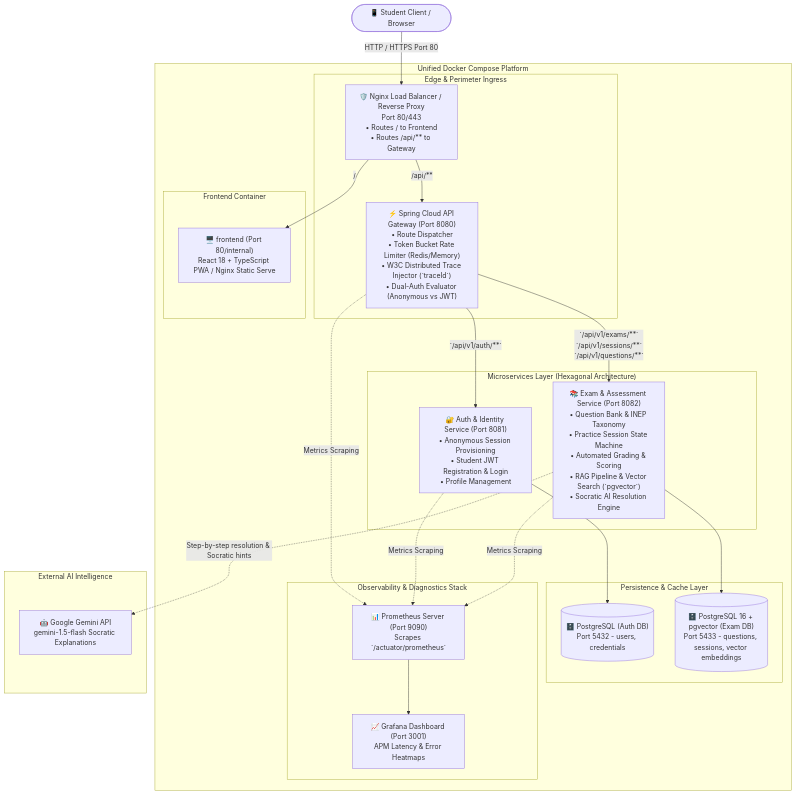
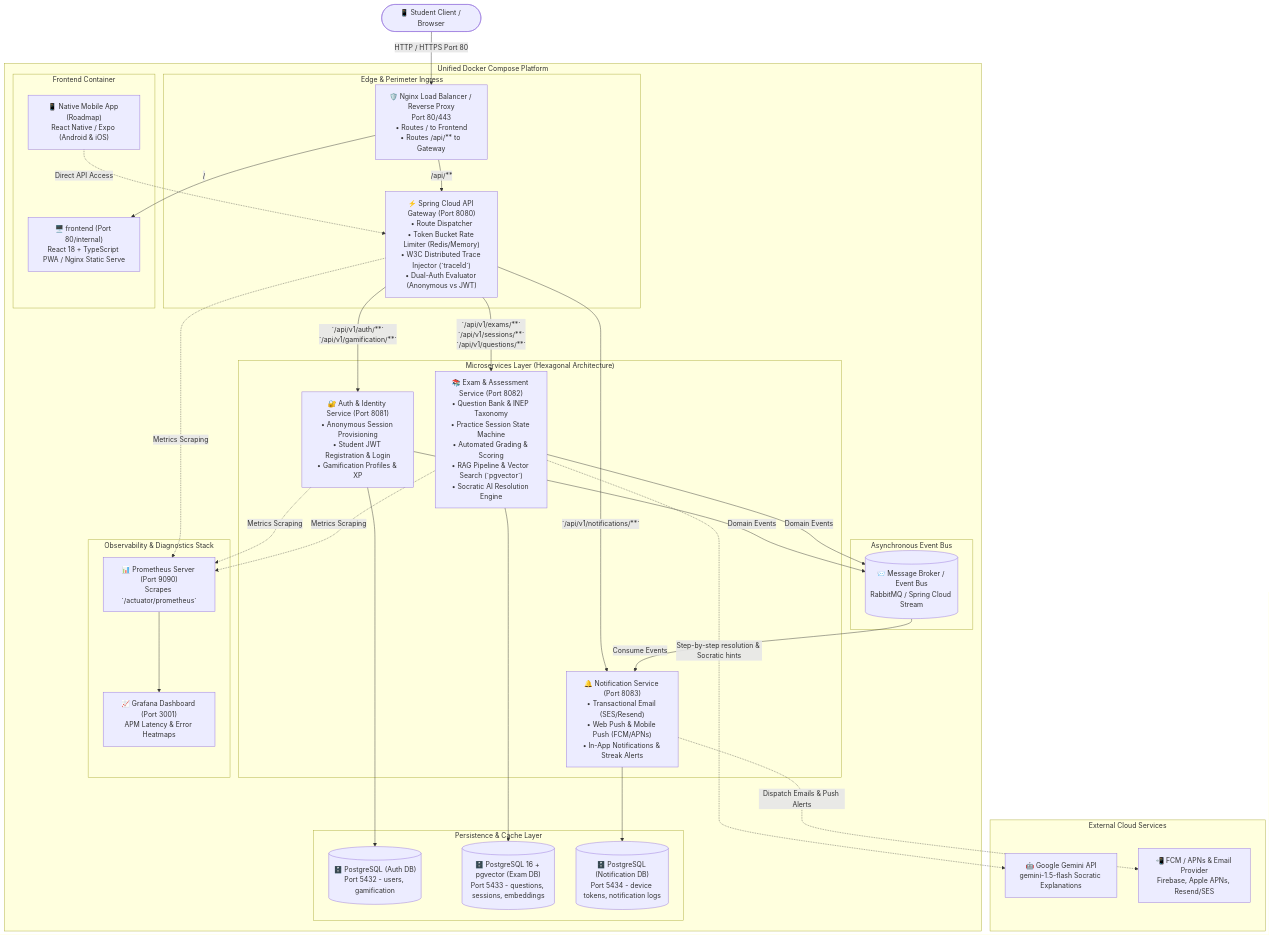
Before and after one commit to Veras-D/AprovaENEM: the first of 13 diagrams in docs/sprint-1/03-system-architecture.md, drawn with Mermaid. The commit also changed other lines of this file and 6 other files, not shown here.

Commit message:
feat(notifications): architect decoupled notification-service and native mobile app roadmap

````diff
--- a/docs/sprint-1/03-system-architecture.md
+++ b/docs/sprint-1/03-system-architecture.md
@@ -15,50 +15,67 @@
 ```mermaid
 flowchart TD
     User([📱 Student Client / Browser])
     
     subgraph DockerComposePlatform ["Unified Docker Compose Platform"]
         subgraph Perimeter ["Edge & Perimeter Ingress"]
             LB["🛡️ Nginx Load Balancer / Reverse Proxy<br/>Port 80/443<br/>• Routes / to Frontend<br/>• Routes /api/** to Gateway"]
             APIGW["⚡ Spring Cloud API Gateway (Port 8080)<br/>• Route Dispatcher<br/>• Token Bucket Rate Limiter (Redis/Memory)<br/>• W3C Distributed Trace Injector (`traceId`)<br/>• Dual-Auth Evaluator (Anonymous vs JWT)"]
         end
 
         subgraph FrontendLayer ["Frontend Container"]
             FrontendUI["🖥️ frontend (Port 80/internal)<br/>React 18 + TypeScript PWA / Nginx Static Serve"]
+            MobileApp["📱 Native Mobile App (Roadmap)<br/>React Native / Expo (Android & iOS)"]
         end
 
         subgraph Services ["Microservices Layer (Hexagonal Architecture)"]
-            AuthSvc["🔐 Auth & Identity Service (Port 8081)<br/>• Anonymous Session Provisioning<br/>• Student JWT Registration & Login<br/>• Profile Management"]
+            AuthSvc["🔐 Auth & Identity Service (Port 8081)<br/>• Anonymous Session Provisioning<br/>• Student JWT Registration & Login<br/>• Gamification Profiles & XP"]
             ExamSvc["📚 Exam & Assessment Service (Port 8082)<br/>• Question Bank & INEP Taxonomy<br/>• Practice Session State Machine<br/>• Automated Grading & Scoring<br/>• RAG Pipeline & Vector Search (`pgvector`)<br/>• Socratic AI Resolution Engine"]
+            NotifSvc["🔔 Notification Service (Port 8083)<br/>• Transactional Email (SES/Resend)<br/>• Web Push & Mobile Push (FCM/APNs)<br/>• In-App Notifications & Streak Alerts"]
+        end
+
+        subgraph MessagingLayer ["Asynchronous Event Bus"]
+            EventBus[("📨 Message Broker / Event Bus<br/>RabbitMQ / Spring Cloud Stream")]
         end
 
         subgraph DataLayer ["Persistence & Cache Layer"]
-            PostgresAuth[("🗄️ PostgreSQL (Auth DB)<br/>Port 5432 - users, credentials")]
-            PostgresExam[("🗄️ PostgreSQL 16 + pgvector (Exam DB)<br/>Port 5433 - questions, sessions, vector embeddings")]
+            PostgresAuth[("🗄️ PostgreSQL (Auth DB)<br/>Port 5432 - users, gamification")]
+            PostgresExam[("🗄️ PostgreSQL 16 + pgvector (Exam DB)<br/>Port 5433 - questions, sessions, embeddings")]
+            PostgresNotif[("🗄️ PostgreSQL (Notification DB)<br/>Port 5434 - device tokens, notification logs")]
         end
 
         subgraph ObservabilityStack ["Observability & Diagnostics Stack"]
             Prometheus["📊 Prometheus Server (Port 9090)<br/>Scrapes `/actuator/prometheus`"]
             Grafana["📈 Grafana Dashboard (Port 3001)<br/>APM Latency & Error Heatmaps"]
         end
     end
 
-    subgraph ExternalAI ["External AI Intelligence"]
+    subgraph ExternalServices ["External Cloud Services"]
         GeminiAPI["🤖 Google Gemini API<br/>gemini-1.5-flash Socratic Explanations"]
+        PushGateway["📲 FCM / APNs & Email Provider<br/>Firebase, Apple APNs, Resend/SES"]
     end
 
     User -->|HTTP / HTTPS Port 80| LB
+    MobileApp -.->|Direct API Access| APIGW
     LB -->|/| FrontendUI
     LB -->|/api/**| APIGW
     
-    APIGW -->|`/api/v1/auth/**`| AuthSvc
+    APIGW -->|`/api/v1/auth/**`<br/>`/api/v1/gamification/**`| AuthSvc
     APIGW -->|`/api/v1/exams/**`<br/>`/api/v1/sessions/**`<br/>`/api/v1/questions/**`| ExamSvc
+    APIGW -->|`/api/v1/notifications/**`| NotifSvc
 
     AuthSvc --> PostgresAuth
     ExamSvc --> PostgresExam
+    NotifSvc --> PostgresNotif
+
+    AuthSvc -->|Domain Events| EventBus
+    ExamSvc -->|Domain Events| EventBus
+    EventBus -->|Consume Events| NotifSvc
+
     ExamSvc -.->|Step-by-step resolution & Socratic hints| GeminiAPI
+    NotifSvc -.->|Dispatch Emails & Push Alerts| PushGateway
 
     APIGW -.->|Metrics Scraping| Prometheus
     AuthSvc -.->|Metrics Scraping| Prometheus
     ExamSvc -.->|Metrics Scraping| Prometheus
     Prometheus --> Grafana
 ```
````
